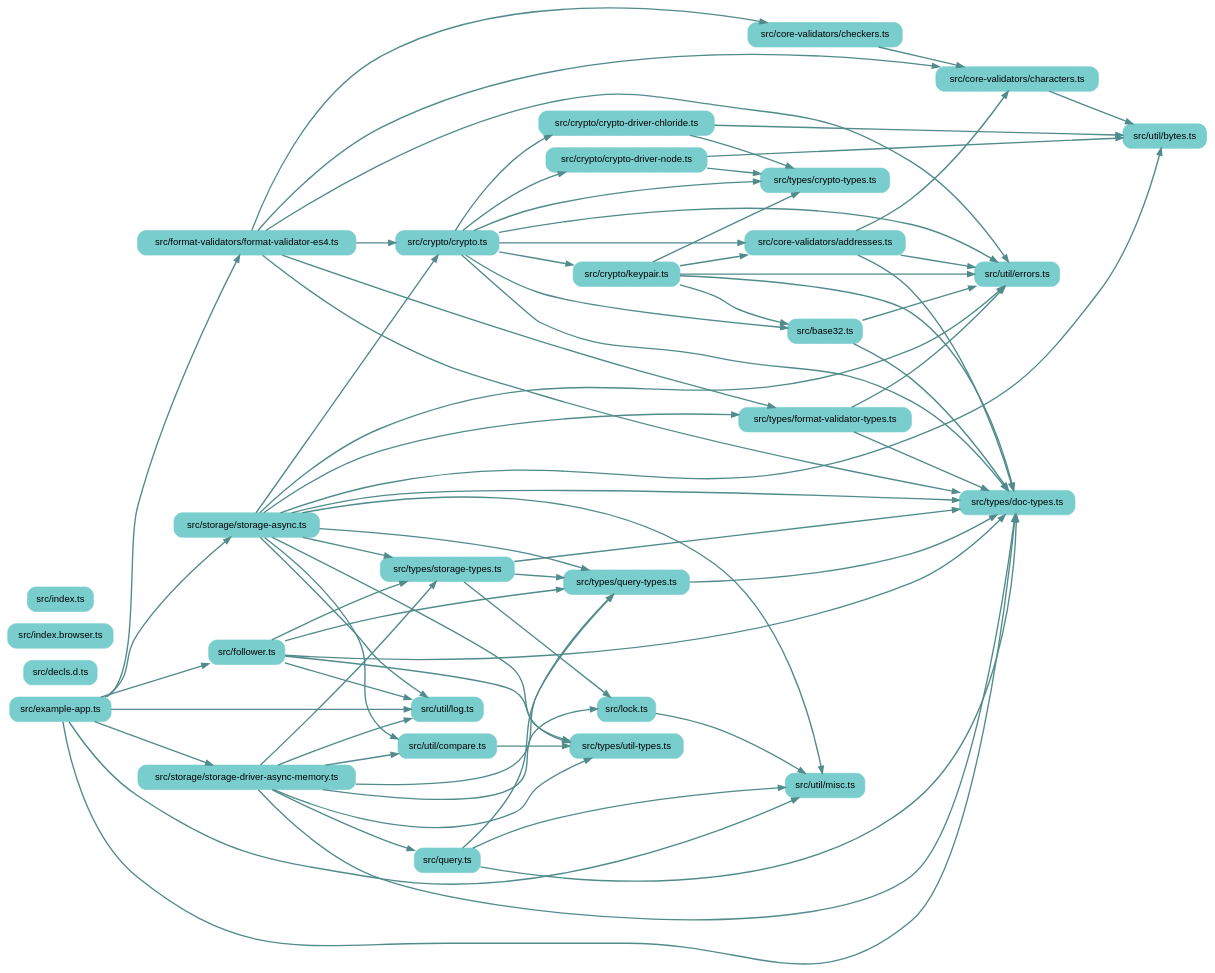
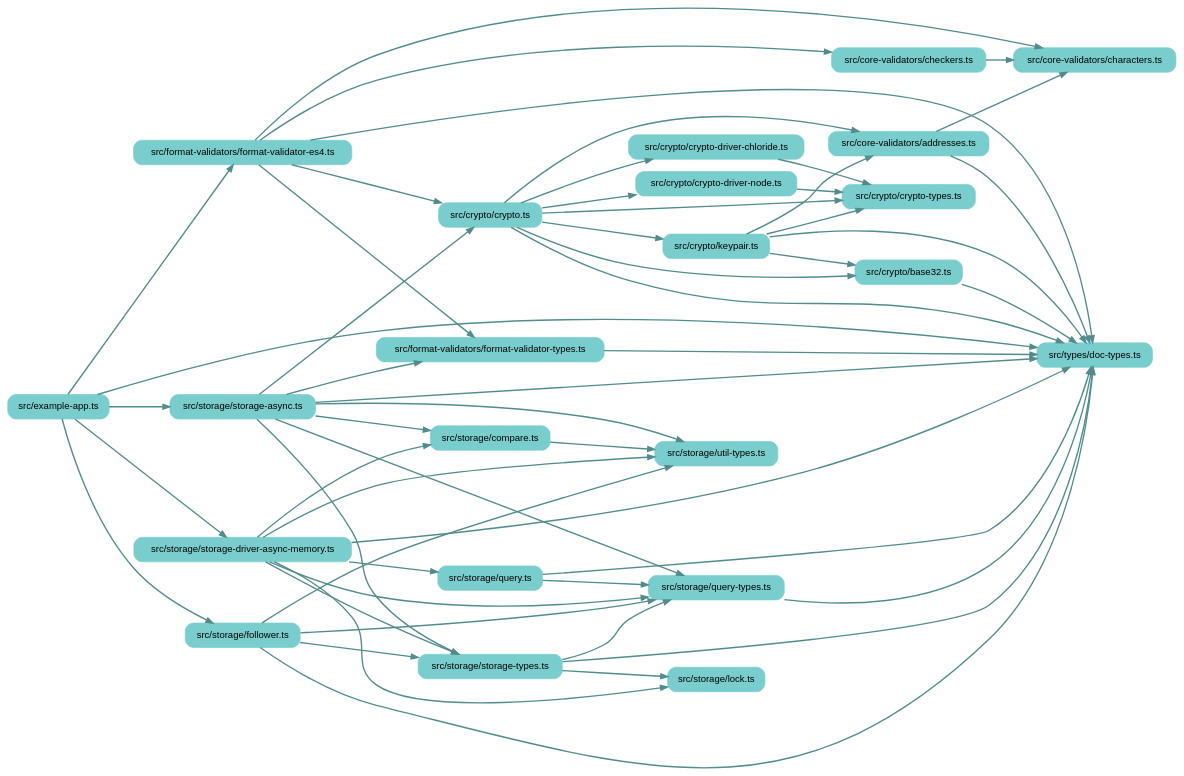
One commit to earthstar-project/earthstar changed the diagram in depchart/depchart-most-loose.dot. Above: the diagram before and after it, drawn with Graphviz. The commit also changed 11 other files, not shown here.

```diff
--- a/depchart/depchart-most-loose.dot
+++ b/depchart/depchart-most-loose.dot
@@ -11,108 +11,82 @@
     edge [fontname = "helvetica"];
     
     // files in their folder clusters
-        "src/base32.ts" [label="src/base32.ts", shape=rectangle; style="rounded,filled"; color=darkslategray3];
-        "src/decls.d.ts" [label="src/decls.d.ts", shape=rectangle; style="rounded,filled"; color=darkslategray3];
         "src/example-app.ts" [label="src/example-app.ts", shape=rectangle; style="rounded,filled"; color=darkslategray3];
-        "src/follower.ts" [label="src/follower.ts", shape=rectangle; style="rounded,filled"; color=darkslategray3];
-        "src/index.browser.ts" [label="src/index.browser.ts", shape=rectangle; style="rounded,filled"; color=darkslategray3];
-        "src/index.ts" [label="src/index.ts", shape=rectangle; style="rounded,filled"; color=darkslategray3];
-        "src/lock.ts" [label="src/lock.ts", shape=rectangle; style="rounded,filled"; color=darkslategray3];
-        "src/query.ts" [label="src/query.ts", shape=rectangle; style="rounded,filled"; color=darkslategray3];
         "src/core-validators/addresses.ts" [label="src/core-validators/addresses.ts", shape=rectangle; style="rounded,filled"; color=darkslategray3];
             "src/core-validators/characters.ts" [label="src/core-validators/characters.ts", shape=rectangle; style="rounded,filled"; color=darkslategray3];
             "src/core-validators/checkers.ts" [label="src/core-validators/checkers.ts", shape=rectangle; style="rounded,filled"; color=darkslategray3];
-        "src/crypto/crypto-driver-chloride.ts" [label="src/crypto/crypto-driver-chloride.ts", shape=rectangle; style="rounded,filled"; color=darkslategray3];
+        "src/crypto/base32.ts" [label="src/crypto/base32.ts", shape=rectangle; style="rounded,filled"; color=darkslategray3];
+            "src/crypto/crypto-driver-chloride.ts" [label="src/crypto/crypto-driver-chloride.ts", shape=rectangle; style="rounded,filled"; color=darkslategray3];
             "src/crypto/crypto-driver-node.ts" [label="src/crypto/crypto-driver-node.ts", shape=rectangle; style="rounded,filled"; color=darkslategray3];
+            "src/crypto/crypto-types.ts" [label="src/crypto/crypto-types.ts", shape=rectangle; style="rounded,filled"; color=darkslategray3];
             "src/crypto/crypto.ts" [label="src/crypto/crypto.ts", shape=rectangle; style="rounded,filled"; color=darkslategray3];
             "src/crypto/keypair.ts" [label="src/crypto/keypair.ts", shape=rectangle; style="rounded,filled"; color=darkslategray3];
         "src/format-validators/format-validator-es4.ts" [label="src/format-validators/format-validator-es4.ts", shape=rectangle; style="rounded,filled"; color=darkslategray3];
-        "src/storage/storage-async.ts" [label="src/storage/storage-async.ts", shape=rectangle; style="rounded,filled"; color=darkslategray3];
+            "src/format-validators/format-validator-types.ts" [label="src/format-validators/format-validator-types.ts", shape=rectangle; style="rounded,filled"; color=darkslategray3];
+        "src/storage/compare.ts" [label="src/storage/compare.ts", shape=rectangle; style="rounded,filled"; color=darkslategray3];
+            "src/storage/follower.ts" [label="src/storage/follower.ts", shape=rectangle; style="rounded,filled"; color=darkslategray3];
+            "src/storage/lock.ts" [label="src/storage/lock.ts", shape=rectangle; style="rounded,filled"; color=darkslategray3];
+            "src/storage/query-types.ts" [label="src/storage/query-types.ts", shape=rectangle; style="rounded,filled"; color=darkslategray3];
+            "src/storage/query.ts" [label="src/storage/query.ts", shape=rectangle; style="rounded,filled"; color=darkslategray3];
+            "src/storage/storage-async.ts" [label="src/storage/storage-async.ts", shape=rectangle; style="rounded,filled"; color=darkslategray3];
             "src/storage/storage-driver-async-memory.ts" [label="src/storage/storage-driver-async-memory.ts", shape=rectangle; style="rounded,filled"; color=darkslategray3];
-        "src/types/crypto-types.ts" [label="src/types/crypto-types.ts", shape=rectangle; style="rounded,filled"; color=darkslategray3];
-            "src/types/doc-types.ts" [label="src/types/doc-types.ts", shape=rectangle; style="rounded,filled"; color=darkslategray3];
-            "src/types/format-validator-types.ts" [label="src/types/format-validator-types.ts", shape=rectangle; style="rounded,filled"; color=darkslategray3];
-            "src/types/query-types.ts" [label="src/types/query-types.ts", shape=rectangle; style="rounded,filled"; color=darkslategray3];
-            "src/types/storage-types.ts" [label="src/types/storage-types.ts", shape=rectangle; style="rounded,filled"; color=darkslategray3];
-            "src/types/util-types.ts" [label="src/types/util-types.ts", shape=rectangle; style="rounded,filled"; color=darkslategray3];
-        "src/util/bytes.ts" [label="src/util/bytes.ts", shape=rectangle; style="rounded,filled"; color=darkslategray3];
-            "src/util/compare.ts" [label="src/util/compare.ts", shape=rectangle; style="rounded,filled"; color=darkslategray3];
-            "src/util/errors.ts" [label="src/util/errors.ts", shape=rectangle; style="rounded,filled"; color=darkslategray3];
-            "src/util/log.ts" [label="src/util/log.ts", shape=rectangle; style="rounded,filled"; color=darkslategray3];
-            "src/util/misc.ts" [label="src/util/misc.ts", shape=rectangle; style="rounded,filled"; color=darkslategray3];
+            "src/storage/storage-types.ts" [label="src/storage/storage-types.ts", shape=rectangle; style="rounded,filled"; color=darkslategray3];
+            "src/storage/util-types.ts" [label="src/storage/util-types.ts", shape=rectangle; style="rounded,filled"; color=darkslategray3];
+        "src/types/doc-types.ts" [label="src/types/doc-types.ts", shape=rectangle; style="rounded,filled"; color=darkslategray3];
 
     // edges between files
-    "src/base32.ts" -> "src/types/doc-types.ts" [penwidth=2; color=darkslategray4];
-    "src/base32.ts" -> "src/util/errors.ts" [penwidth=2; color=darkslategray4];
     "src/core-validators/addresses.ts" -> "src/types/doc-types.ts" [penwidth=2; color=darkslategray4];
-    "src/core-validators/addresses.ts" -> "src/util/errors.ts" [penwidth=2; color=darkslategray4];
     "src/core-validators/addresses.ts" -> "src/core-validators/characters.ts" [penwidth=2; color=darkslategray4];
-    "src/core-validators/characters.ts" -> "src/util/bytes.ts" [penwidth=2; color=darkslategray4];
     "src/core-validators/checkers.ts" -> "src/core-validators/characters.ts" [penwidth=2; color=darkslategray4];
-    "src/crypto/crypto-driver-chloride.ts" -> "src/types/crypto-types.ts" [penwidth=2; color=darkslategray4];
-    "src/crypto/crypto-driver-chloride.ts" -> "src/util/bytes.ts" [penwidth=2; color=darkslategray4];
-    "src/crypto/crypto-driver-node.ts" -> "src/types/crypto-types.ts" [penwidth=2; color=darkslategray4];
-    "src/crypto/crypto-driver-node.ts" -> "src/util/bytes.ts" [penwidth=2; color=darkslategray4];
+    "src/crypto/base32.ts" -> "src/types/doc-types.ts" [penwidth=2; color=darkslategray4];
+    "src/crypto/crypto-driver-chloride.ts" -> "src/crypto/crypto-types.ts" [penwidth=2; color=darkslategray4];
+    "src/crypto/crypto-driver-node.ts" -> "src/crypto/crypto-types.ts" [penwidth=2; color=darkslategray4];
     "src/crypto/crypto.ts" -> "src/crypto/crypto-driver-chloride.ts" [penwidth=2; color=darkslategray4];
     "src/crypto/crypto.ts" -> "src/crypto/crypto-driver-node.ts" [penwidth=2; color=darkslategray4];
     "src/crypto/crypto.ts" -> "src/types/doc-types.ts" [penwidth=2; color=darkslategray4];
-    "src/crypto/crypto.ts" -> "src/types/crypto-types.ts" [penwidth=2; color=darkslategray4];
-    "src/crypto/crypto.ts" -> "src/util/errors.ts" [penwidth=2; color=darkslategray4];
-    "src/crypto/crypto.ts" -> "src/base32.ts" [penwidth=2; color=darkslategray4];
+    "src/crypto/crypto.ts" -> "src/crypto/crypto-types.ts" [penwidth=2; color=darkslategray4];
+    "src/crypto/crypto.ts" -> "src/crypto/base32.ts" [penwidth=2; color=darkslategray4];
     "src/crypto/crypto.ts" -> "src/crypto/keypair.ts" [penwidth=2; color=darkslategray4];
     "src/crypto/crypto.ts" -> "src/core-validators/addresses.ts" [penwidth=2; color=darkslategray4];
     "src/crypto/keypair.ts" -> "src/types/doc-types.ts" [penwidth=2; color=darkslategray4];
-    "src/crypto/keypair.ts" -> "src/util/errors.ts" [penwidth=2; color=darkslategray4];
-    "src/crypto/keypair.ts" -> "src/base32.ts" [penwidth=2; color=darkslategray4];
-    "src/crypto/keypair.ts" -> "src/types/crypto-types.ts" [penwidth=2; color=darkslategray4];
+    "src/crypto/keypair.ts" -> "src/crypto/base32.ts" [penwidth=2; color=darkslategray4];
+    "src/crypto/keypair.ts" -> "src/crypto/crypto-types.ts" [penwidth=2; color=darkslategray4];
     "src/crypto/keypair.ts" -> "src/core-validators/addresses.ts" [penwidth=2; color=darkslategray4];
     "src/example-app.ts" -> "src/types/doc-types.ts" [penwidth=2; color=darkslategray4];
-    "src/example-app.ts" -> "src/util/misc.ts" [penwidth=2; color=darkslategray4];
     "src/example-app.ts" -> "src/format-validators/format-validator-es4.ts" [penwidth=2; color=darkslategray4];
     "src/example-app.ts" -> "src/storage/storage-driver-async-memory.ts" [penwidth=2; color=darkslategray4];
     "src/example-app.ts" -> "src/storage/storage-async.ts" [penwidth=2; color=darkslategray4];
-    "src/example-app.ts" -> "src/follower.ts" [penwidth=2; color=darkslategray4];
-    "src/example-app.ts" -> "src/util/log.ts" [penwidth=2; color=darkslategray4];
-    "src/follower.ts" -> "src/types/util-types.ts" [penwidth=2; color=darkslategray4];
-    "src/follower.ts" -> "src/types/doc-types.ts" [penwidth=2; color=darkslategray4];
-    "src/follower.ts" -> "src/types/query-types.ts" [penwidth=2; color=darkslategray4];
-    "src/follower.ts" -> "src/types/storage-types.ts" [penwidth=2; color=darkslategray4];
-    "src/follower.ts" -> "src/util/log.ts" [penwidth=2; color=darkslategray4];
+    "src/example-app.ts" -> "src/storage/follower.ts" [penwidth=2; color=darkslategray4];
     "src/format-validators/format-validator-es4.ts" -> "src/types/doc-types.ts" [penwidth=2; color=darkslategray4];
-    "src/format-validators/format-validator-es4.ts" -> "src/types/format-validator-types.ts" [penwidth=2; color=darkslategray4];
-    "src/format-validators/format-validator-es4.ts" -> "src/util/errors.ts" [penwidth=2; color=darkslategray4];
+    "src/format-validators/format-validator-es4.ts" -> "src/format-validators/format-validator-types.ts" [penwidth=2; color=darkslategray4];
     "src/format-validators/format-validator-es4.ts" -> "src/core-validators/characters.ts" [penwidth=2; color=darkslategray4];
     "src/format-validators/format-validator-es4.ts" -> "src/core-validators/checkers.ts" [penwidth=2; color=darkslategray4];
     "src/format-validators/format-validator-es4.ts" -> "src/crypto/crypto.ts" [penwidth=2; color=darkslategray4];
-    "src/lock.ts" -> "src/util/misc.ts" [penwidth=2; color=darkslategray4];
-    "src/query.ts" -> "src/types/doc-types.ts" [penwidth=2; color=darkslategray4];
-    "src/query.ts" -> "src/types/query-types.ts" [penwidth=2; color=darkslategray4];
-    "src/query.ts" -> "src/util/misc.ts" [penwidth=2; color=darkslategray4];
-    "src/storage/storage-async.ts" -> "src/types/util-types.ts" [penwidth=2; color=darkslategray4];
+    "src/format-validators/format-validator-types.ts" -> "src/types/doc-types.ts" [penwidth=2; color=darkslategray4];
+    "src/storage/compare.ts" -> "src/storage/util-types.ts" [penwidth=2; color=darkslategray4];
+    "src/storage/follower.ts" -> "src/storage/util-types.ts" [penwidth=2; color=darkslategray4];
+    "src/storage/follower.ts" -> "src/types/doc-types.ts" [penwidth=2; color=darkslategray4];
+    "src/storage/follower.ts" -> "src/storage/query-types.ts" [penwidth=2; color=darkslategray4];
+    "src/storage/follower.ts" -> "src/storage/storage-types.ts" [penwidth=2; color=darkslategray4];
+    "src/storage/query-types.ts" -> "src/types/doc-types.ts" [penwidth=2; color=darkslategray4];
+    "src/storage/query.ts" -> "src/types/doc-types.ts" [penwidth=2; color=darkslategray4];
+    "src/storage/query.ts" -> "src/storage/query-types.ts" [penwidth=2; color=darkslategray4];
+    "src/storage/storage-async.ts" -> "src/storage/util-types.ts" [penwidth=2; color=darkslategray4];
     "src/storage/storage-async.ts" -> "src/types/doc-types.ts" [penwidth=2; color=darkslategray4];
-    "src/storage/storage-async.ts" -> "src/types/query-types.ts" [penwidth=2; color=darkslategray4];
-    "src/storage/storage-async.ts" -> "src/types/storage-types.ts" [penwidth=2; color=darkslategray4];
-    "src/storage/storage-async.ts" -> "src/types/format-validator-types.ts" [penwidth=2; color=darkslategray4];
-    "src/storage/storage-async.ts" -> "src/util/errors.ts" [penwidth=2; color=darkslategray4];
-    "src/storage/storage-async.ts" -> "src/util/bytes.ts" [penwidth=2; color=darkslategray4];
-    "src/storage/storage-async.ts" -> "src/util/misc.ts" [penwidth=2; color=darkslategray4];
-    "src/storage/storage-async.ts" -> "src/util/compare.ts" [penwidth=2; color=darkslategray4];
+    "src/storage/storage-async.ts" -> "src/storage/query-types.ts" [penwidth=2; color=darkslategray4];
+    "src/storage/storage-async.ts" -> "src/storage/storage-types.ts" [penwidth=2; color=darkslategray4];
+    "src/storage/storage-async.ts" -> "src/format-validators/format-validator-types.ts" [penwidth=2; color=darkslategray4];
+    "src/storage/storage-async.ts" -> "src/storage/compare.ts" [penwidth=2; color=darkslategray4];
     "src/storage/storage-async.ts" -> "src/crypto/crypto.ts" [penwidth=2; color=darkslategray4];
-    "src/storage/storage-async.ts" -> "src/util/log.ts" [penwidth=2; color=darkslategray4];
-    "src/storage/storage-driver-async-memory.ts" -> "src/types/util-types.ts" [penwidth=2; color=darkslategray4];
+    "src/storage/storage-driver-async-memory.ts" -> "src/storage/util-types.ts" [penwidth=2; color=darkslategray4];
     "src/storage/storage-driver-async-memory.ts" -> "src/types/doc-types.ts" [penwidth=2; color=darkslategray4];
-    "src/storage/storage-driver-async-memory.ts" -> "src/types/query-types.ts" [penwidth=2; color=darkslategray4];
-    "src/storage/storage-driver-async-memory.ts" -> "src/types/storage-types.ts" [penwidth=2; color=darkslategray4];
-    "src/storage/storage-driver-async-memory.ts" -> "src/util/compare.ts" [penwidth=2; color=darkslategray4];
-    "src/storage/storage-driver-async-memory.ts" -> "src/query.ts" [penwidth=2; color=darkslategray4];
-    "src/storage/storage-driver-async-memory.ts" -> "src/lock.ts" [penwidth=2; color=darkslategray4];
-    "src/storage/storage-driver-async-memory.ts" -> "src/util/log.ts" [penwidth=2; color=darkslategray4];
-    "src/types/format-validator-types.ts" -> "src/types/doc-types.ts" [penwidth=2; color=darkslategray4];
-    "src/types/format-validator-types.ts" -> "src/util/errors.ts" [penwidth=2; color=darkslategray4];
-    "src/types/query-types.ts" -> "src/types/doc-types.ts" [penwidth=2; color=darkslategray4];
-    "src/types/storage-types.ts" -> "src/types/doc-types.ts" [penwidth=2; color=darkslategray4];
-    "src/types/storage-types.ts" -> "src/types/query-types.ts" [penwidth=2; color=darkslategray4];
-    "src/types/storage-types.ts" -> "src/lock.ts" [penwidth=2; color=darkslategray4];
-    "src/util/compare.ts" -> "src/types/util-types.ts" [penwidth=2; color=darkslategray4];
+    "src/storage/storage-driver-async-memory.ts" -> "src/storage/query-types.ts" [penwidth=2; color=darkslategray4];
+    "src/storage/storage-driver-async-memory.ts" -> "src/storage/storage-types.ts" [penwidth=2; color=darkslategray4];
+    "src/storage/storage-driver-async-memory.ts" -> "src/storage/compare.ts" [penwidth=2; color=darkslategray4];
+    "src/storage/storage-driver-async-memory.ts" -> "src/storage/query.ts" [penwidth=2; color=darkslategray4];
+    "src/storage/storage-driver-async-memory.ts" -> "src/storage/lock.ts" [penwidth=2; color=darkslategray4];
+    "src/storage/storage-types.ts" -> "src/types/doc-types.ts" [penwidth=2; color=darkslategray4];
+    "src/storage/storage-types.ts" -> "src/storage/query-types.ts" [penwidth=2; color=darkslategray4];
+    "src/storage/storage-types.ts" -> "src/storage/lock.ts" [penwidth=2; color=darkslategray4];
 
 }
```
